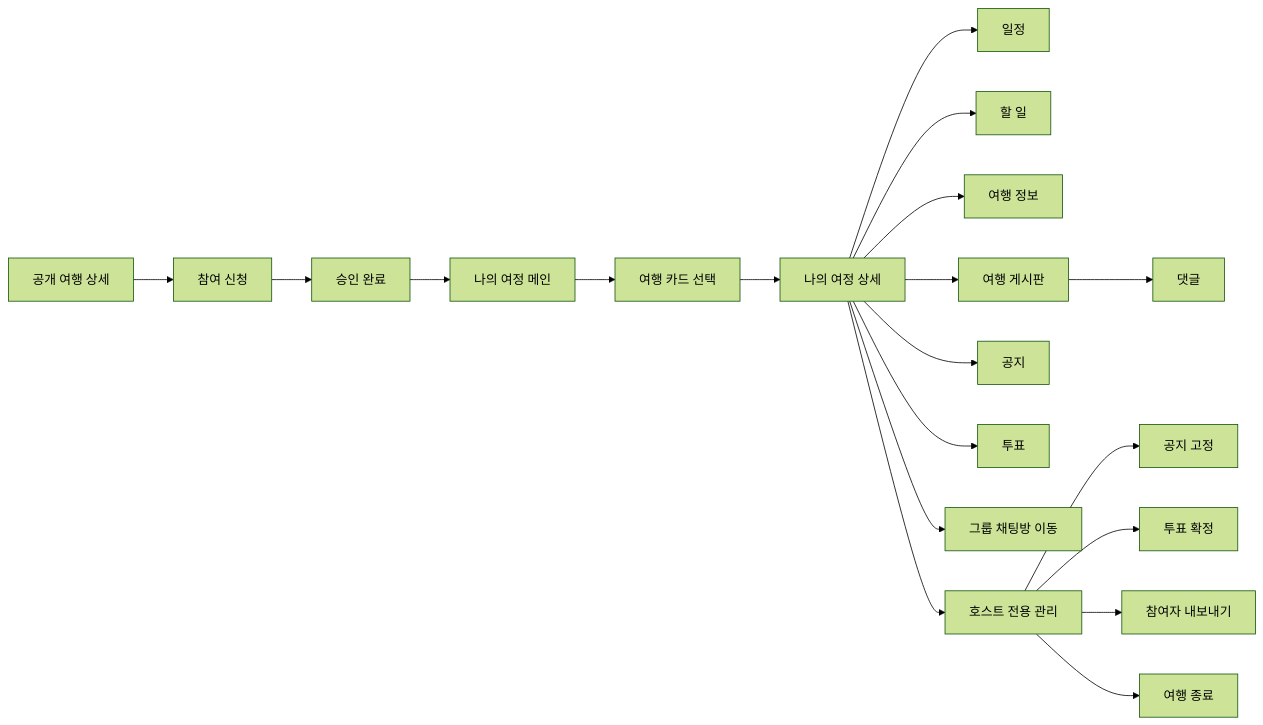
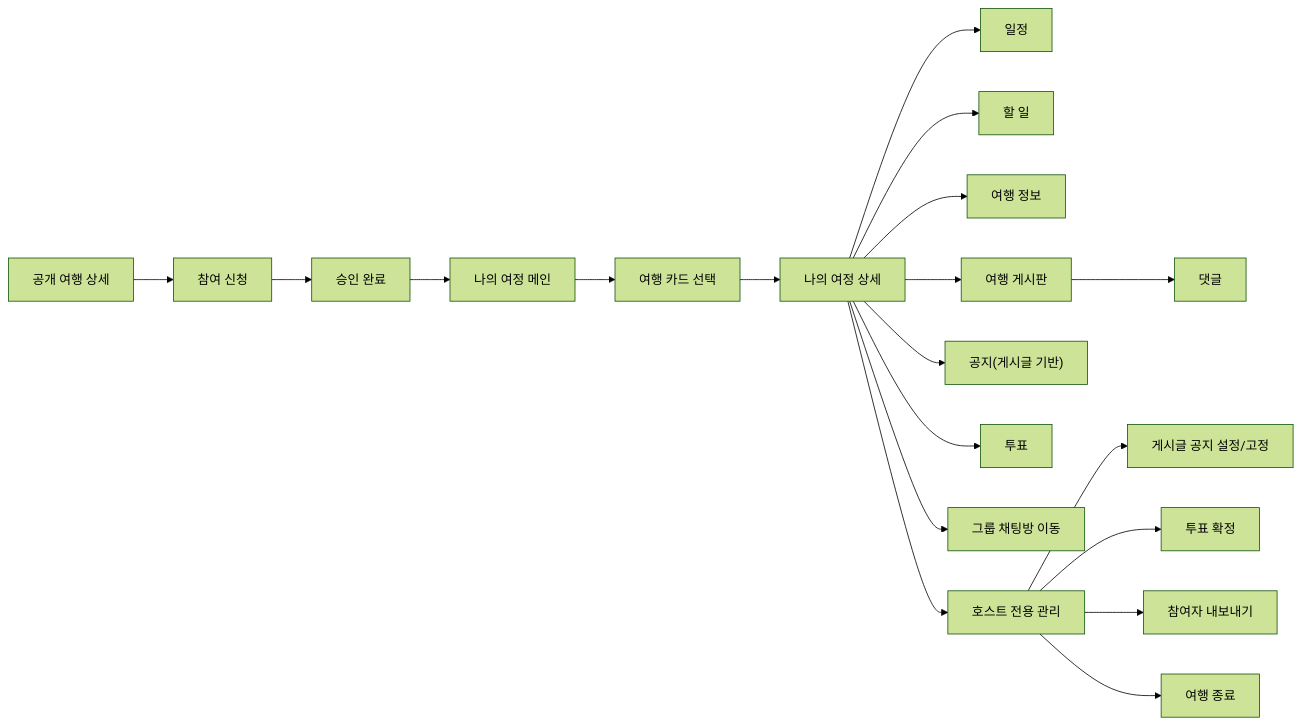
Before and after one commit to GIL-DONG-MU/ddu-ru-backend: the diagram in docs/MY_JOURNEY_PRODUCT_FLOW.md, drawn with Mermaid (forest theme). The commit also changed other lines of this file, not shown here.

````diff
--- a/docs/MY_JOURNEY_PRODUCT_FLOW.md
+++ b/docs/MY_JOURNEY_PRODUCT_FLOW.md
@@ -171,23 +171,23 @@
 ```mermaid
 flowchart LR
     A["공개 여행 상세"] --> B["참여 신청"]
     B --> C["승인 완료"]
     C --> D["나의 여정 메인"]
     D --> E["여행 카드 선택"]
     E --> F["나의 여정 상세"]
 
     F --> G["일정"]
     F --> H["할 일"]
     F --> I["여행 정보"]
     F --> J["여행 게시판"]
     J --> J2["댓글"]
-    F --> K["공지"]
+    F --> K["공지(게시글 기반)"]
     F --> L["투표"]
     F --> M["그룹 채팅방 이동"]
 
     F --> N["호스트 전용 관리"]
-    N --> N1["공지 고정"]
+    N --> N1["게시글 공지 설정/고정"]
     N --> N2["투표 확정"]
     N --> N3["참여자 내보내기"]
     N --> N4["여행 종료"]
 ```
````
